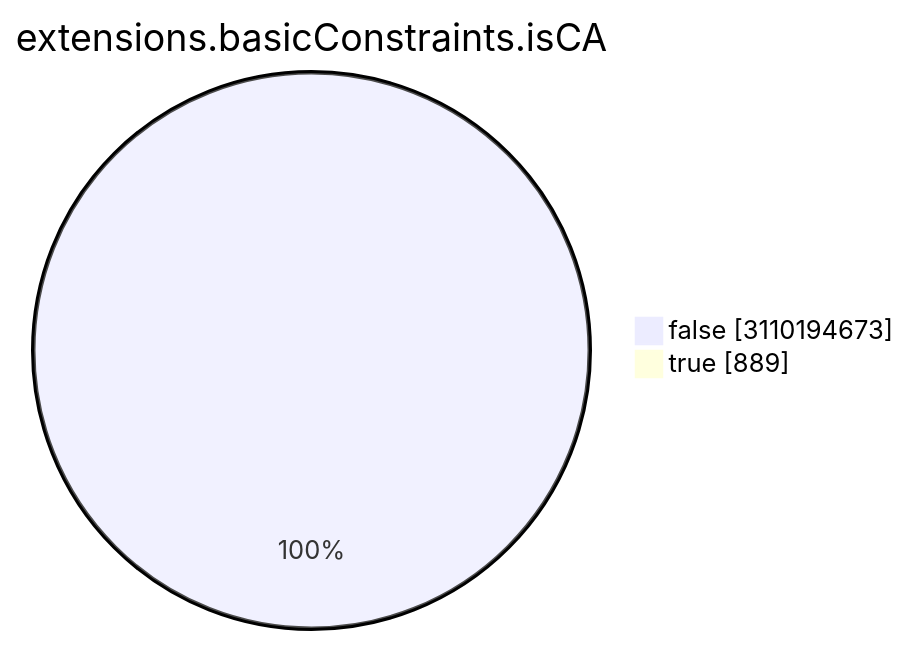
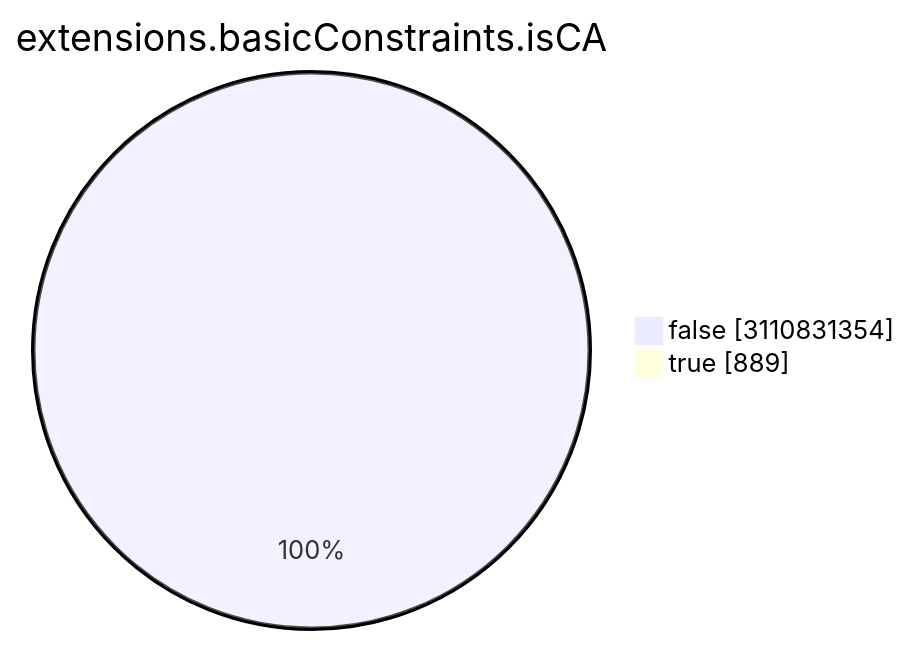
The seventh of 15 diagrams in TOTAL/README.md (christiankrug/ctmonitor_visualization), drawn with Mermaid before and after one commit. The commit also changed other lines of this file, not shown here.

````diff
--- a/TOTAL/README.md
+++ b/TOTAL/README.md
@@ -3088,6 +3088,6 @@
 ```mermaid
 pie showData
 title extensions.basicConstraints.isCA
-"false" :3110194673
+"false" :3110831354
 "true" :889
 ```
````
